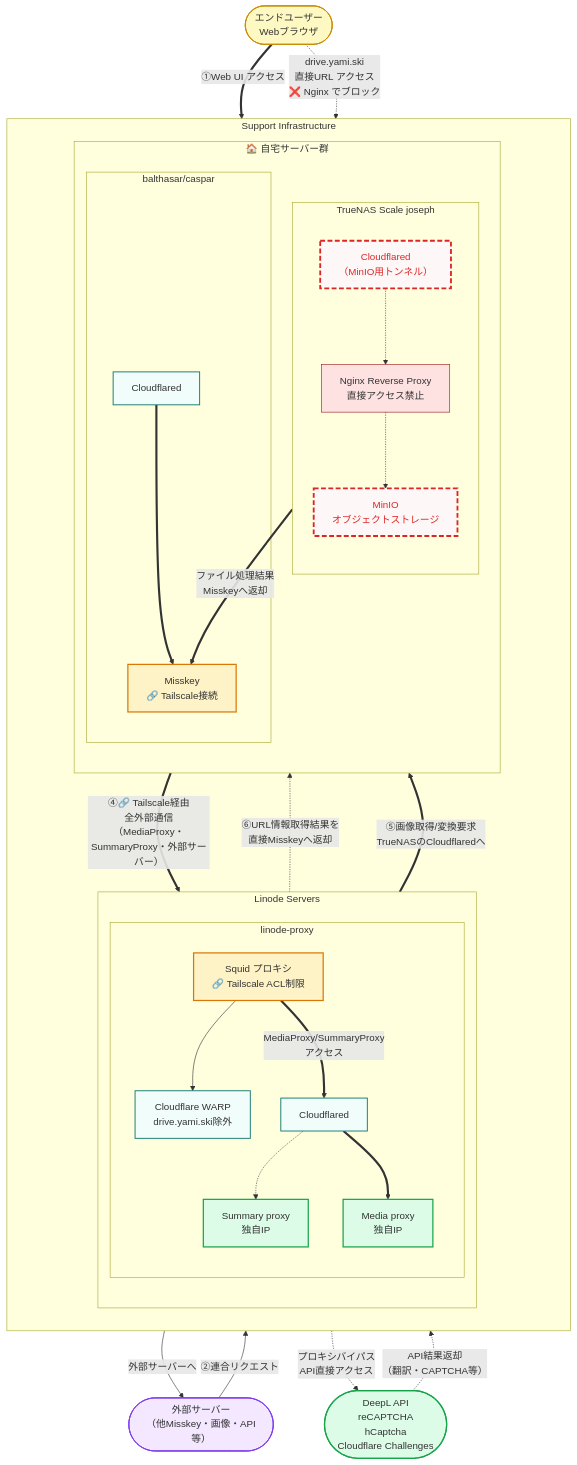
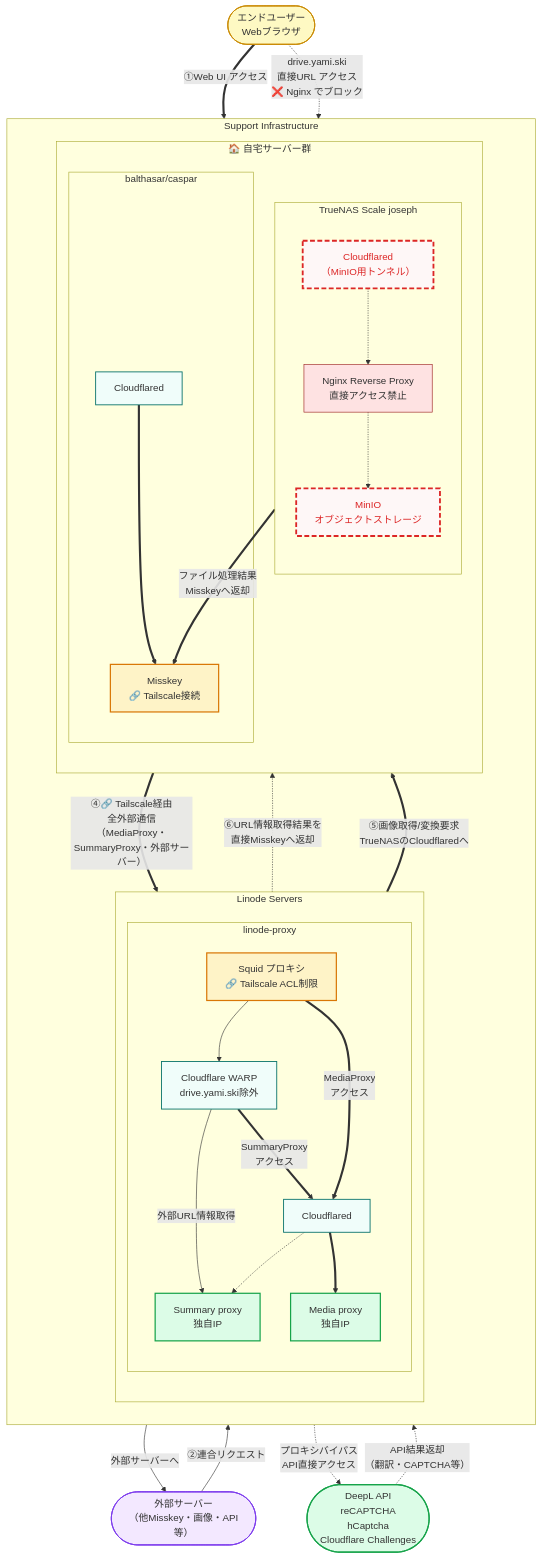
Before and after one commit to yamisskey-dev/hosted-list: the fifth of 5 diagrams in README.md, drawn with Mermaid.

```diff
--- a/README.md
+++ b/README.md
@@ -504,9 +504,11 @@
 
 %% WARPからの分岐
 warp -->|"外部サーバーへ"| external_servers
-squid ==>|"MediaProxy/SummaryProxy<br/>アクセス"| cloudflared_p
+warp ==>|"SummaryProxy<br/>アクセス"| cloudflared_p
+warp -->|"外部URL情報取得"| summaryproxy
 cloudflared_p ==> mediaproxy
 cloudflared_p -.-> summaryproxy
+squid ==>|"MediaProxy<br/>アクセス"| cloudflared_p
 cloudflared_home -.-> nginx_minio
 nginx_minio -.-> minio
 cloudflared_home ==>|"ファイル処理結果<br/>Misskeyへ返却"| yamisskey
```
